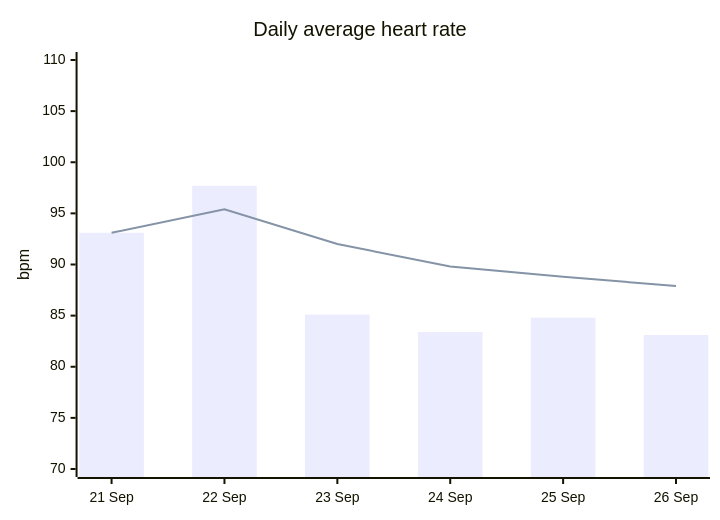
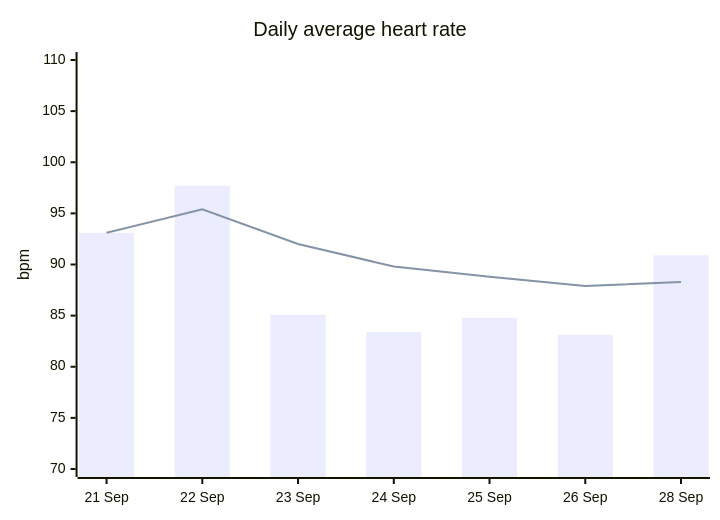
One commit to eshwarpotturi/hr-mon changed the second of 4 diagrams in reports/README.md. Above: the diagram before and after it, drawn with Mermaid. The commit also changed other lines of this file and 5 other files, not shown here.

````diff
--- a/reports/README.md
+++ b/reports/README.md
@@ -41,8 +41,8 @@
 ```mermaid
 xychart-beta
     title "Daily average heart rate"
-    x-axis ["21 Sep", "22 Sep", "23 Sep", "24 Sep", "25 Sep", "26 Sep"]
+    x-axis ["21 Sep", "22 Sep", "23 Sep", "24 Sep", "25 Sep", "26 Sep", "28 Sep"]
     y-axis "bpm" 70 --> 110
-    bar [93.1, 97.7, 85.1, 83.4, 84.8, 83.1]
-    line [93.1, 95.4, 92.0, 89.8, 88.8, 87.9]
+    bar [93.1, 97.7, 85.1, 83.4, 84.8, 83.1, 90.9]
+    line [93.1, 95.4, 92.0, 89.8, 88.8, 87.9, 88.3]
 ```
````
